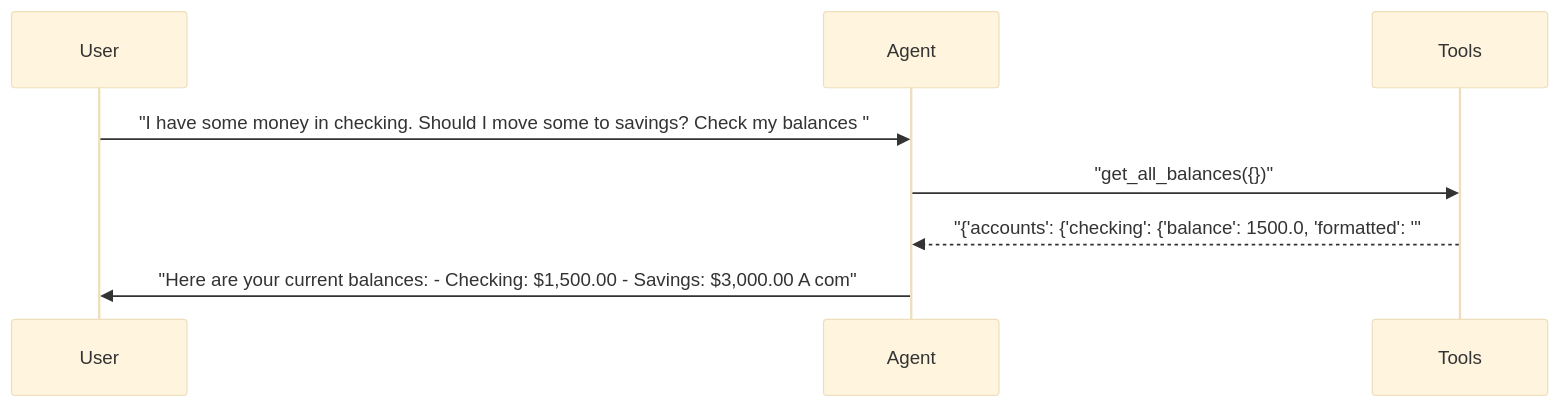
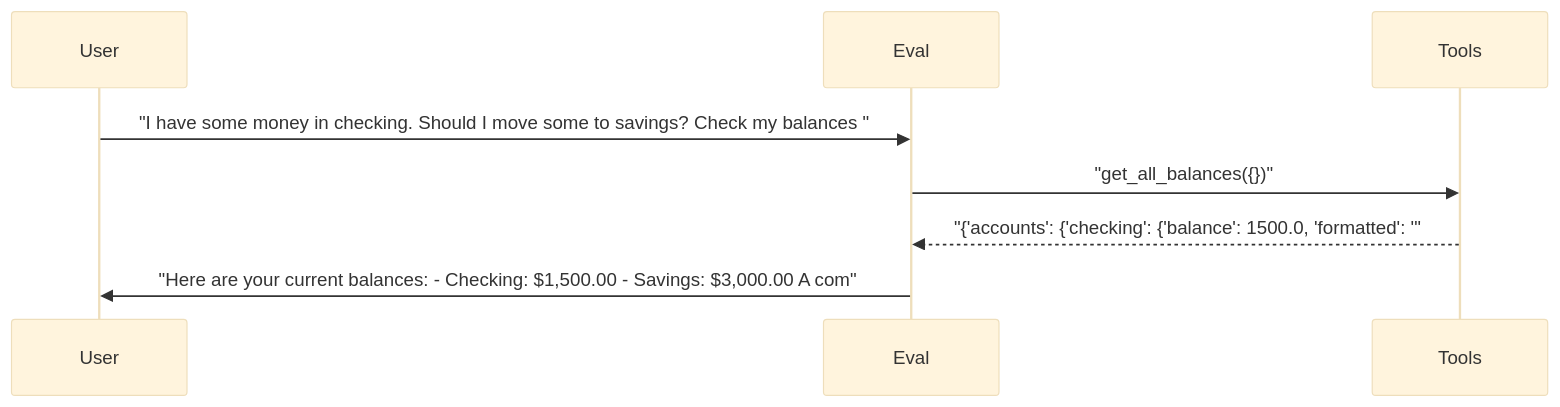
The eighth of 24 diagrams in docs/demo/hero-report.md (sbroenne/pytest-skill-engineering), drawn with Mermaid (base theme) before and after one commit. The commit also changed other lines of this file and 155 other files, not shown here.

````diff
--- a/docs/demo/hero-report.md
+++ b/docs/demo/hero-report.md
@@ -502,11 +502,11 @@
 ```mermaid
 sequenceDiagram
     participant User
-    participant Agent
+    participant Eval
     participant Tools
 
-    User->>Agent: "I have some money in checking. Should I move some to savings? Check my balances "
-    Agent->>Tools: "get_all_balances({})"
-    Tools-->>Agent: "{'accounts': {'checking': {'balance': 1500.0, 'formatted': '"
-    Agent->>User: "Here are your current balances: - Checking: $1,500.00 - Savings: $3,000.00 A com"
+    User->>Eval: "I have some money in checking. Should I move some to savings? Check my balances "
+    Eval->>Tools: "get_all_balances({})"
+    Tools-->>Eval: "{'accounts': {'checking': {'balance': 1500.0, 'formatted': '"
+    Eval->>User: "Here are your current balances: - Checking: $1,500.00 - Savings: $3,000.00 A com"
 ```
````
